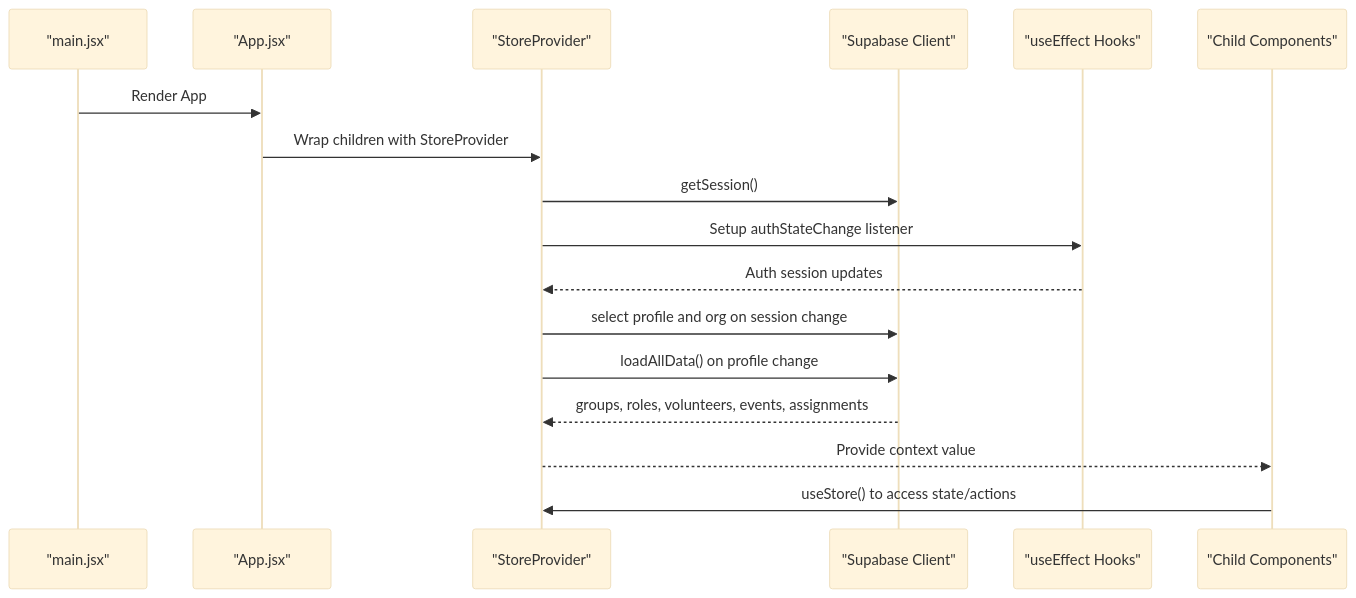
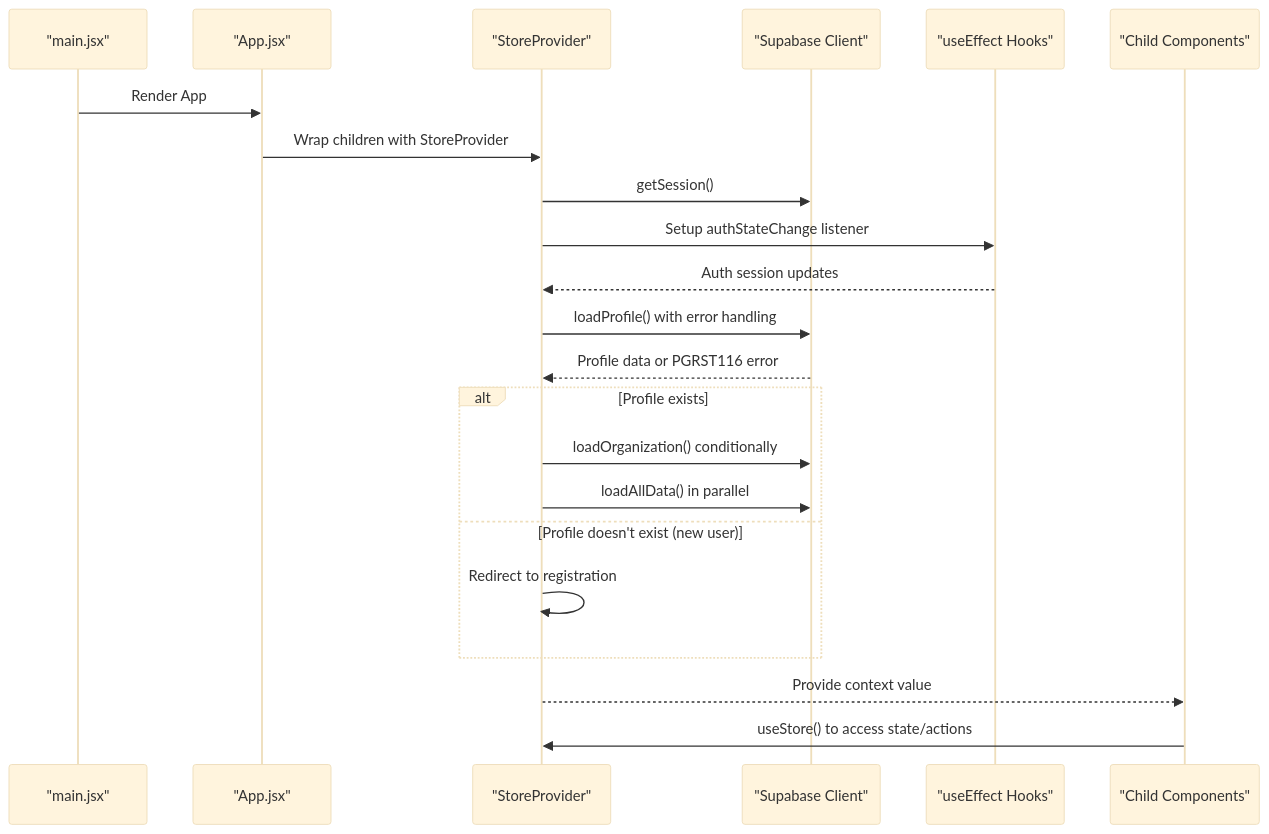
The second of 12 diagrams in .qoder/repowiki/en/content/State Management System/Store Provider Architecture.md (netdaniel/serveflow), drawn with Mermaid (base theme) before and after one commit. The commit also changed other lines of this file and 12 other files, not shown here.

````diff
--- a/.qoder/repowiki/en/content/State Management System/Store Provider Architecture.md
+++ b/.qoder/repowiki/en/content/State Management System/Store Provider Architecture.md
@@ -98,19 +124,24 @@
 ```mermaid
 sequenceDiagram
 participant Root as "main.jsx"
 participant App as "App.jsx"
 participant Provider as "StoreProvider"
 participant Supabase as "Supabase Client"
 participant Hooks as "useEffect Hooks"
 participant Consumer as "Child Components"
 Root->>App : Render App
 App->>Provider : Wrap children with StoreProvider
 Provider->>Supabase : getSession()
 Provider->>Hooks : Setup authStateChange listener
 Hooks-->>Provider : Auth session updates
-Provider->>Supabase : select profile and org on session change
-Provider->>Supabase : loadAllData() on profile change
-Supabase-->>Provider : groups, roles, volunteers, events, assignments
+Provider->>Supabase : loadProfile() with error handling
+Supabase-->>Provider : Profile data or PGRST116 error
+alt Profile exists
+Provider->>Supabase : loadOrganization() conditionally
+Provider->>Supabase : loadAllData() in parallel
+else Profile doesn't exist (new user)
+Provider->>Provider : Redirect to registration
+end
 Provider-->>Consumer : Provide context value
 Consumer->>Provider : useStore() to access state/actions
 ```
````
